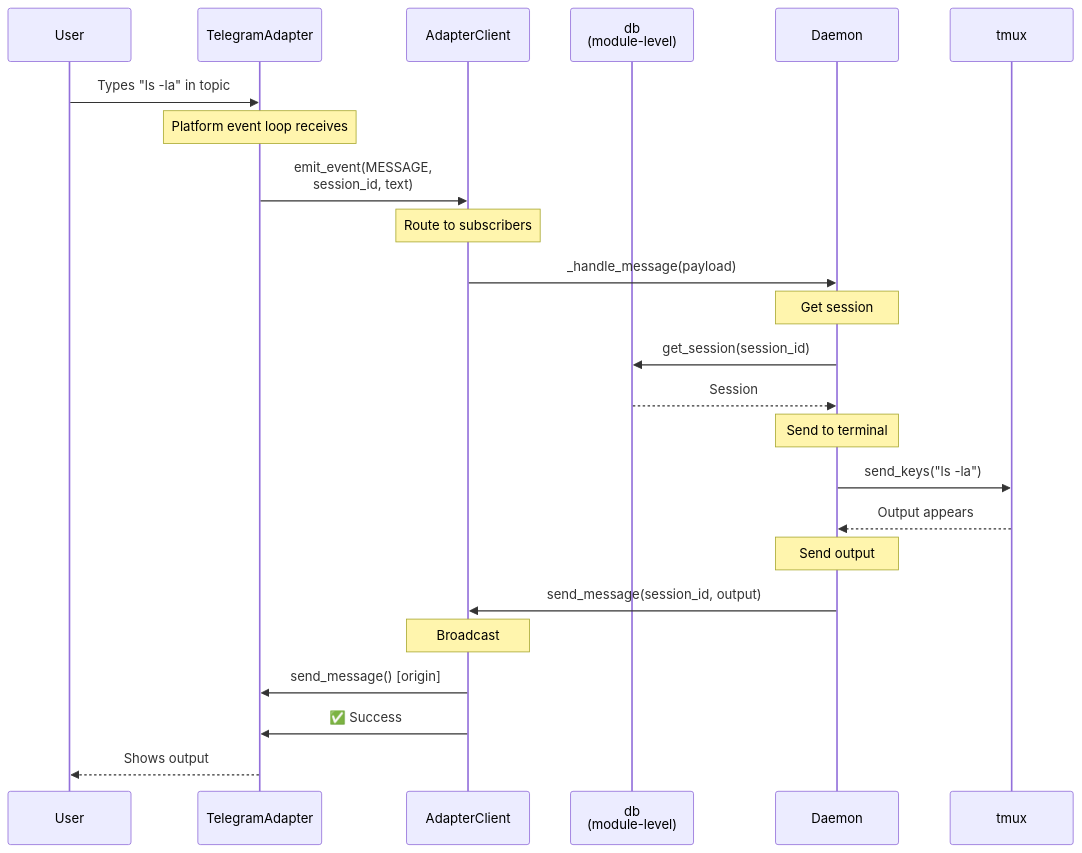
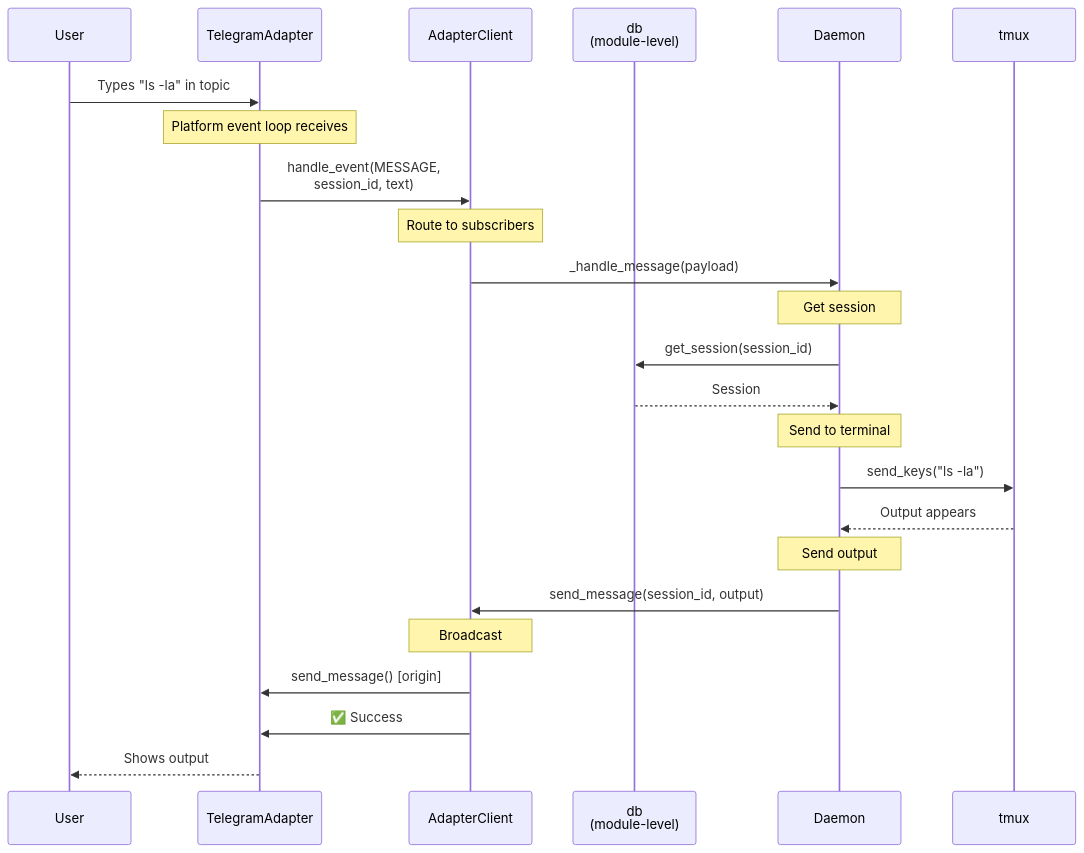
One commit to InstruktAI/TeleClaude changed the fourth of 8 diagrams in docs/architecture.md. Above: the diagram before and after it, drawn with Mermaid. The commit also changed other lines of this file and 22 other files, not shown here.

````diff
--- a/docs/architecture.md
+++ b/docs/architecture.md
@@ -287,34 +287,34 @@
 ```mermaid
 sequenceDiagram
     participant User
     participant TG as TelegramAdapter
     participant Client as AdapterClient
     participant SM as db<br/>(module-level)
     participant Daemon
     participant Terminal as tmux
 
     User->>TG: Types "ls -la" in topic
 
     Note over TG: Platform event loop receives
-    TG->>Client: emit_event(MESSAGE,<br/>session_id, text)
+    TG->>Client: handle_event(MESSAGE,<br/>session_id, text)
 
     Note over Client: Route to subscribers
     Client->>Daemon: _handle_message(payload)
 
     Note over Daemon: Get session
     Daemon->>SM: get_session(session_id)
     SM-->>Daemon: Session
 
     Note over Daemon: Send to terminal
     Daemon->>Terminal: send_keys("ls -la")
     Terminal-->>Daemon: Output appears
 
     Note over Daemon: Send output
     Daemon->>Client: send_message(session_id, output)
 
     Note over Client: Broadcast
     Client->>TG: send_message() [origin]
     Client->>TG: ✅ Success
 
     TG-->>User: Shows output
 ```
````
